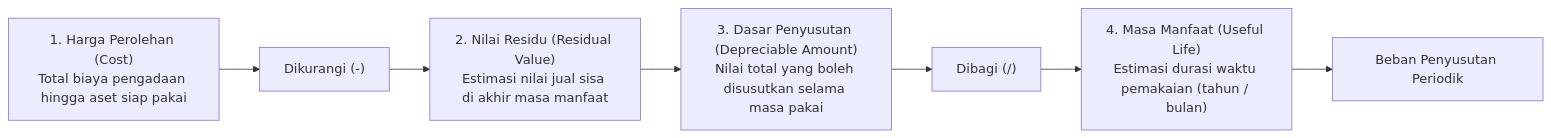
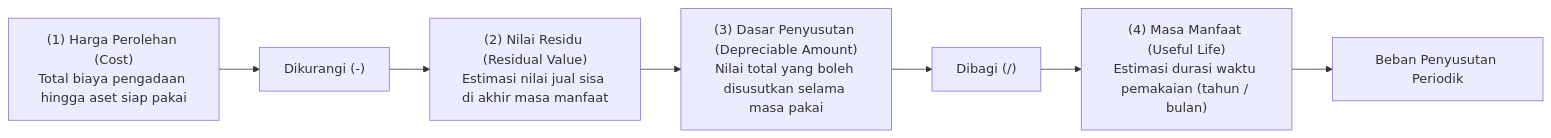
The diagram in content/02-accounting/depreciation-and-amortization.md (alimurrofid/erp-notes), drawn with Mermaid before and after one commit. The commit also changed 132 other files, not shown here.

````diff
--- a/content/02-accounting/depreciation-and-amortization.md
+++ b/content/02-accounting/depreciation-and-amortization.md
@@ -22,10 +22,10 @@
 ```mermaid
 flowchart LR
-    Cost["1. Harga Perolehan (Cost)<br/>Total biaya pengadaan hingga aset siap pakai"]
+    Cost["(1) Harga Perolehan (Cost)<br/>Total biaya pengadaan hingga aset siap pakai"]
     --> Minus["Dikurangi (-)"]
-    --> Res["2. Nilai Residu (Residual Value)<br/>Estimasi nilai jual sisa di akhir masa manfaat"]
-    --> Base["3. Dasar Penyusutan (Depreciable Amount)<br/>Nilai total yang boleh disusutkan selama masa pakai"]
+    --> Res["(2) Nilai Residu (Residual Value)<br/>Estimasi nilai jual sisa di akhir masa manfaat"]
+    --> Base["(3) Dasar Penyusutan (Depreciable Amount)<br/>Nilai total yang boleh disusutkan selama masa pakai"]
     --> Div["Dibagi (/)"]
-    --> Life["4. Masa Manfaat (Useful Life)<br/>Estimasi durasi waktu pemakaian (tahun / bulan)"]
+    --> Life["(4) Masa Manfaat (Useful Life)<br/>Estimasi durasi waktu pemakaian (tahun / bulan)"]
     --> DepExp["Beban Penyusutan Periodik"]
 ```
````
